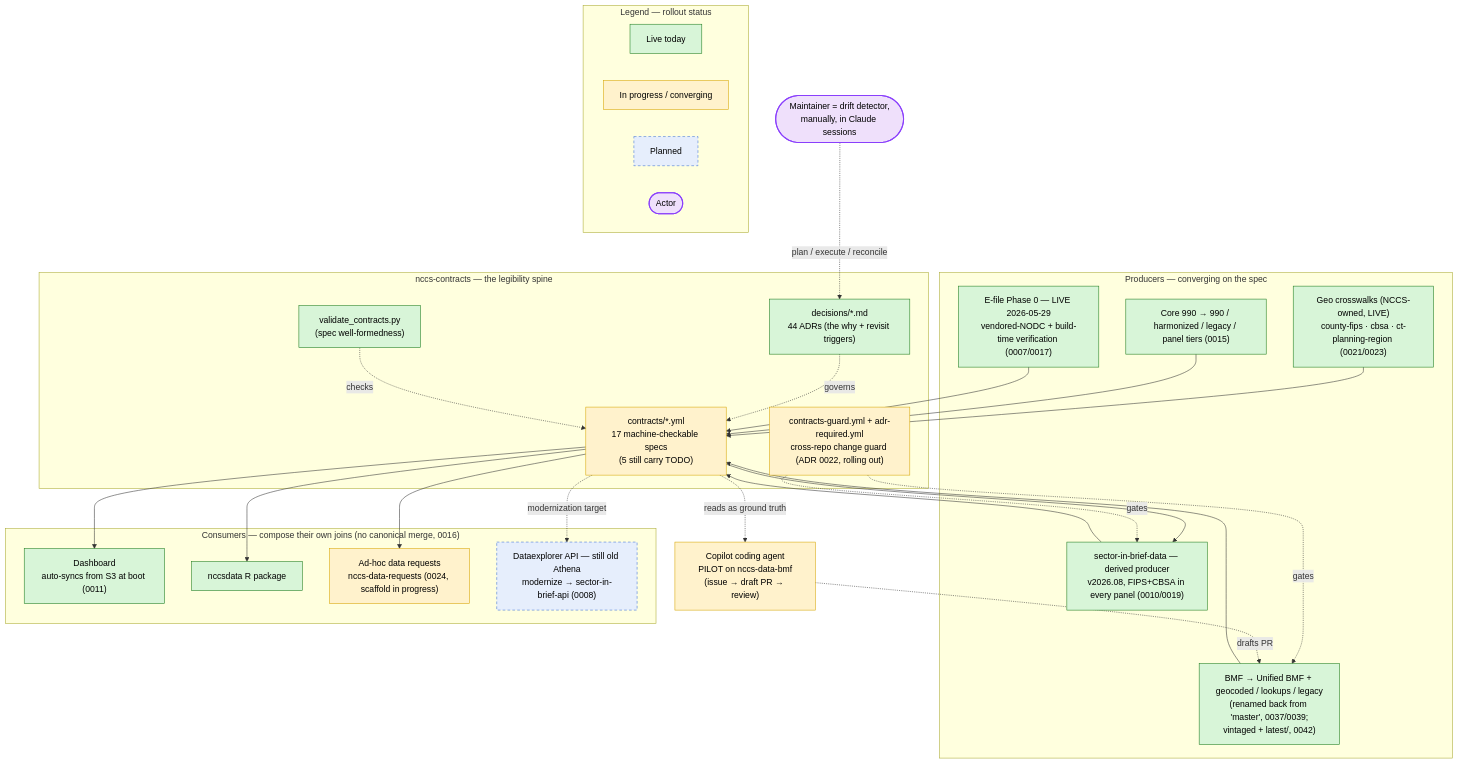
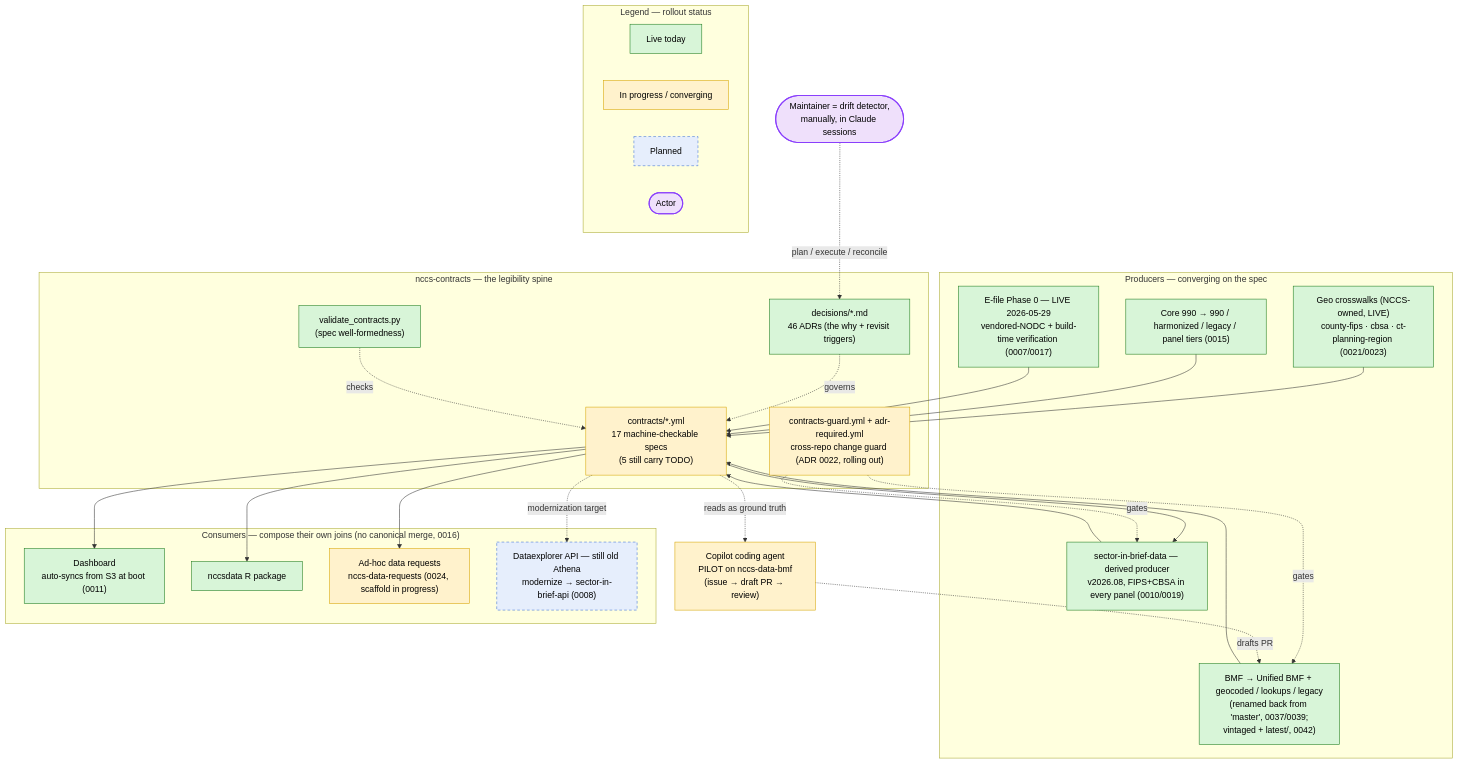
The second of 3 diagrams in docs/agentic-systems-design.md (UrbanInstitute/nccs-contracts), drawn with Mermaid before and after one commit. The commit also changed 5 other files, not shown here.

````diff
--- a/docs/agentic-systems-design.md
+++ b/docs/agentic-systems-design.md
@@ -90,51 +90,51 @@
 ```mermaid
   flowchart TB
       subgraph SPINE["nccs-contracts — the legibility spine"]
           contracts["contracts/*.yml<br/>17 machine-checkable specs<br/>(5 still carry TODO)"]:::progress
-          adrs["decisions/*.md<br/>44 ADRs (the why + revisit triggers)"]:::live
+          adrs["decisions/*.md<br/>46 ADRs (the why + revisit triggers)"]:::live
           validator["validate_contracts.py<br/>(spec well-formedness)"]:::live
           guard["contracts-guard.yml + adr-required.yml<br/>cross-repo change guard (ADR 0022, rolling out)"]:::progress
       end
 
       subgraph PRODN["Producers — converging on the spec"]
           bmf["BMF → Unified BMF + geocoded / lookups / legacy<br/>(renamed back from 'master', 0037/0039;<br/>vintaged + latest/, 0042)"]:::live
           xwalk["Geo crosswalks (NCCS-owned, LIVE)<br/>county-fips · cbsa · ct-planning-region (0021/0023)"]:::live
           core["Core 990 → 990 / harmonized / legacy / panel tiers (0015)"]:::live
           efile["E-file Phase 0 — LIVE 2026-05-29<br/>vendored-NODC + build-time verification (0007/0017)"]:::live
           sib["sector-in-brief-data — derived producer<br/>v2026.08, FIPS+CBSA in every panel (0010/0019)"]:::live
       end
 
       subgraph CONSN["Consumers — compose their own joins (no canonical merge, 0016)"]
           dash["Dashboard<br/>auto-syncs from S3 at boot (0011)"]:::live
           rpkg["nccsdata R package"]:::live
           adhoc["Ad-hoc data requests<br/>nccs-data-requests (0024, scaffold in progress)"]:::progress
           oldapi["Dataexplorer API — still old Athena<br/>modernize → sector-in-brief-api (0008)"]:::planned
       end
 
       bmf & xwalk & core & efile --> contracts
       sib --> contracts
       contracts --> dash & rpkg & sib & adhoc
       contracts -. modernization target .-> oldapi
       adrs -. governs .-> contracts
       validator -. checks .-> contracts
       guard -. gates .-> bmf & sib
 
       human(["Maintainer = drift detector,<br/>manually, in Claude sessions"]):::actor
       human -. plan / execute / reconcile .-> adrs
       copilot["Copilot coding agent<br/>PILOT on nccs-data-bmf<br/>(issue → draft PR → review)"]:::progress
       contracts -. reads as ground truth .-> copilot
       copilot -. drafts PR .-> bmf
 
       subgraph LEGEND["Legend — rollout status"]
           direction LR
           l1["Live today"]:::live
           l2["In progress / converging"]:::progress
           l3["Planned"]:::planned
           l4(["Actor"]):::actor
       end
 
       classDef live     fill:#d8f5d8,stroke:#1a7a1a,color:#000;
       classDef progress fill:#fff2cc,stroke:#d6a400,color:#000;
       classDef planned  fill:#e6eefc,stroke:#3b6fd6,stroke-dasharray:5 4,color:#000;
       classDef actor    fill:#efe0fb,stroke:#8a3ffc,stroke-width:2px,color:#000;
 ```
````
